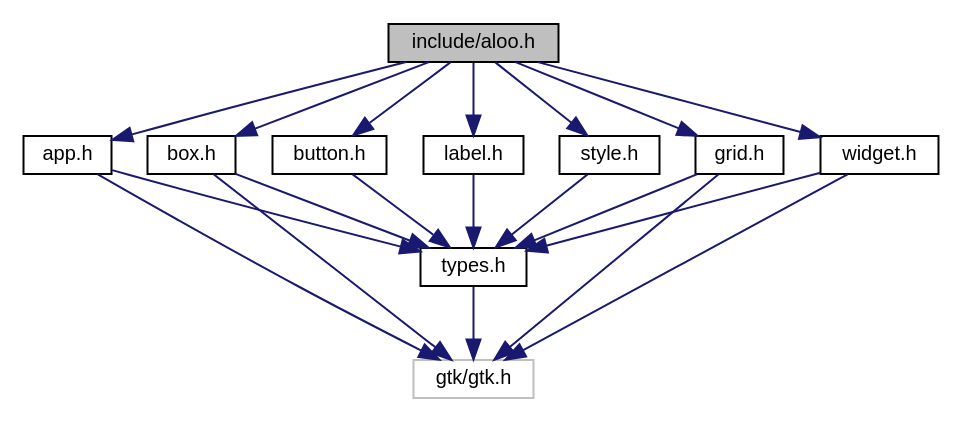
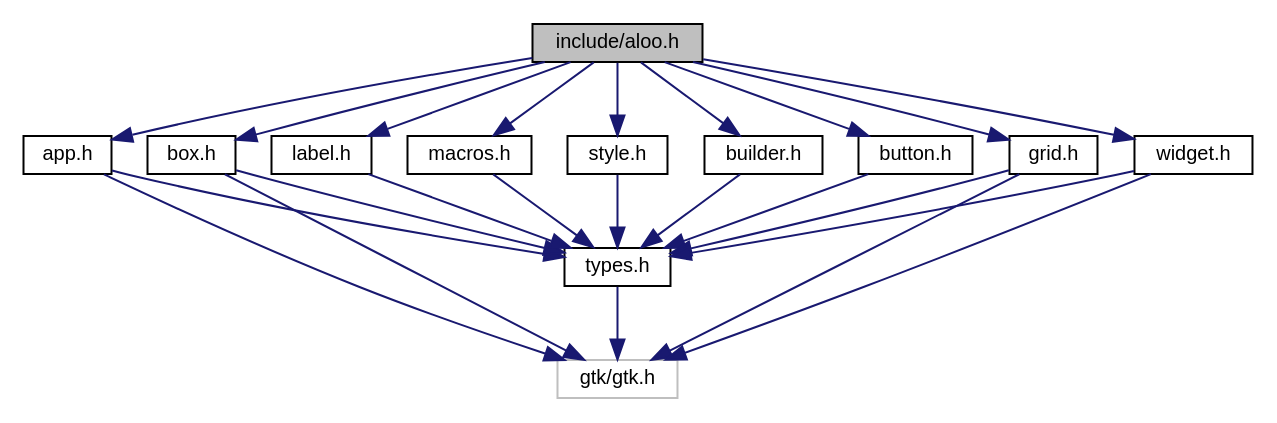
One commit to BhJaipal/Programming changed the diagram in gtk-use/docs/rtf/aloo_8h__incl.dot. Above: the diagram before and after it, drawn with Graphviz. The commit also changed 301 other files, not shown here.

```diff
--- a/gtk-use/docs/rtf/aloo_8h__incl.dot
+++ b/gtk-use/docs/rtf/aloo_8h__incl.dot
@@ -1,35 +1,41 @@
 digraph "include/aloo.h"
 {
  // LATEX_PDF_SIZE
   edge [fontname="Helvetica",fontsize="10",labelfontname="Helvetica",labelfontsize="10"];
   node [fontname="Helvetica",fontsize="10",shape=record];
-  Node1 [label="include/aloo.h",height=0.2,width=0.4,color="black", fillcolor="grey75", style="filled", fontcolor="black",tooltip=" "];
+  Node1 [label="include/aloo.h",height=0.2,width=0.4,color="black", fillcolor="grey75", style="filled", fontcolor="black",tooltip="Aloo Project Main file It conatins all the header files."];
   Node1 -> Node2 [color="midnightblue",fontsize="10",style="solid",fontname="Helvetica"];
-  Node2 [label="app.h",height=0.2,width=0.4,color="black", fillcolor="white", style="filled",URL="$app_8h.html",tooltip=" "];
+  Node2 [label="app.h",height=0.2,width=0.4,color="black", fillcolor="white", style="filled",URL="$app_8h.html",tooltip="Aloo Application related functions."];
   Node2 -> Node3 [color="midnightblue",fontsize="10",style="solid",fontname="Helvetica"];
-  Node3 [label="types.h",height=0.2,width=0.4,color="black", fillcolor="white", style="filled",URL="$types_8h.html",tooltip=" "];
+  Node3 [label="types.h",height=0.2,width=0.4,color="black", fillcolor="white", style="filled",URL="$types_8h.html",tooltip="Aloo Project Types related functions."];
   Node3 -> Node4 [color="midnightblue",fontsize="10",style="solid",fontname="Helvetica"];
   Node4 [label="gtk/gtk.h",height=0.2,width=0.4,color="grey75", fillcolor="white", style="filled",tooltip=" "];
   Node2 -> Node4 [color="midnightblue",fontsize="10",style="solid",fontname="Helvetica"];
   Node1 -> Node5 [color="midnightblue",fontsize="10",style="solid",fontname="Helvetica"];
-  Node5 [label="box.h",height=0.2,width=0.4,color="black", fillcolor="white", style="filled",URL="$box_8h.html",tooltip=" "];
+  Node5 [label="box.h",height=0.2,width=0.4,color="black", fillcolor="white", style="filled",URL="$box_8h.html",tooltip="Aloo Box functions."];
   Node5 -> Node3 [color="midnightblue",fontsize="10",style="solid",fontname="Helvetica"];
   Node5 -> Node4 [color="midnightblue",fontsize="10",style="solid",fontname="Helvetica"];
   Node1 -> Node6 [color="midnightblue",fontsize="10",style="solid",fontname="Helvetica"];
-  Node6 [label="button.h",height=0.2,width=0.4,color="black", fillcolor="white", style="filled",URL="$button_8h.html",tooltip=" "];
+  Node6 [label="builder.h",height=0.2,width=0.4,color="black", fillcolor="white", style="filled",URL="$builder_8h.html",tooltip="This file contains UI Builder related functions."];
   Node6 -> Node3 [color="midnightblue",fontsize="10",style="solid",fontname="Helvetica"];
   Node1 -> Node7 [color="midnightblue",fontsize="10",style="solid",fontname="Helvetica"];
-  Node7 [label="grid.h",height=0.2,width=0.4,color="black", fillcolor="white", style="filled",URL="$grid_8h.html",tooltip=" "];
+  Node7 [label="button.h",height=0.2,width=0.4,color="black", fillcolor="white", style="filled",URL="$button_8h.html",tooltip="Aloo Button related functions."];
   Node7 -> Node3 [color="midnightblue",fontsize="10",style="solid",fontname="Helvetica"];
-  Node7 -> Node4 [color="midnightblue",fontsize="10",style="solid",fontname="Helvetica"];
   Node1 -> Node8 [color="midnightblue",fontsize="10",style="solid",fontname="Helvetica"];
-  Node8 [label="label.h",height=0.2,width=0.4,color="black", fillcolor="white", style="filled",URL="$label_8h.html",tooltip=" "];
+  Node8 [label="grid.h",height=0.2,width=0.4,color="black", fillcolor="white", style="filled",URL="$grid_8h.html",tooltip="Aloo Grid related functions."];
   Node8 -> Node3 [color="midnightblue",fontsize="10",style="solid",fontname="Helvetica"];
+  Node8 -> Node4 [color="midnightblue",fontsize="10",style="solid",fontname="Helvetica"];
   Node1 -> Node9 [color="midnightblue",fontsize="10",style="solid",fontname="Helvetica"];
-  Node9 [label="style.h",height=0.2,width=0.4,color="black", fillcolor="white", style="filled",URL="$style_8h.html",tooltip=" "];
+  Node9 [label="label.h",height=0.2,width=0.4,color="black", fillcolor="white", style="filled",URL="$label_8h.html",tooltip="Aloo Label related functions."];
   Node9 -> Node3 [color="midnightblue",fontsize="10",style="solid",fontname="Helvetica"];
   Node1 -> Node10 [color="midnightblue",fontsize="10",style="solid",fontname="Helvetica"];
-  Node10 [label="widget.h",height=0.2,width=0.4,color="black", fillcolor="white", style="filled",URL="$widget_8h.html",tooltip=" "];
+  Node10 [label="macros.h",height=0.2,width=0.4,color="black", fillcolor="white", style="filled",URL="$macros_8h.html",tooltip="Aloo Project Macros related functions."];
   Node10 -> Node3 [color="midnightblue",fontsize="10",style="solid",fontname="Helvetica"];
-  Node10 -> Node4 [color="midnightblue",fontsize="10",style="solid",fontname="Helvetica"];
+  Node1 -> Node11 [color="midnightblue",fontsize="10",style="solid",fontname="Helvetica"];
+  Node11 [label="style.h",height=0.2,width=0.4,color="black", fillcolor="white", style="filled",URL="$style_8h.html",tooltip="Aloo CSS related functions."];
+  Node11 -> Node3 [color="midnightblue",fontsize="10",style="solid",fontname="Helvetica"];
+  Node1 -> Node12 [color="midnightblue",fontsize="10",style="solid",fontname="Helvetica"];
+  Node12 [label="widget.h",height=0.2,width=0.4,color="black", fillcolor="white", style="filled",URL="$widget_8h.html",tooltip="Aloo Widget related functions."];
+  Node12 -> Node3 [color="midnightblue",fontsize="10",style="solid",fontname="Helvetica"];
+  Node12 -> Node4 [color="midnightblue",fontsize="10",style="solid",fontname="Helvetica"];
 }
```
